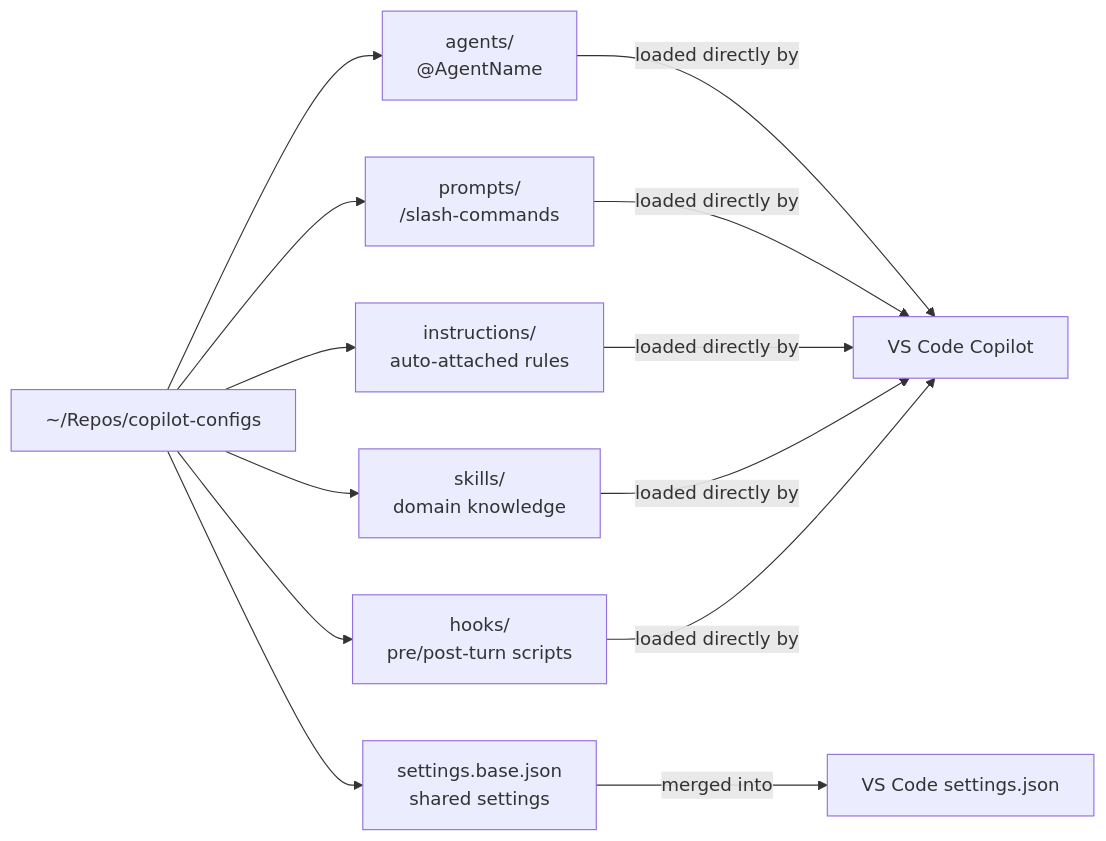
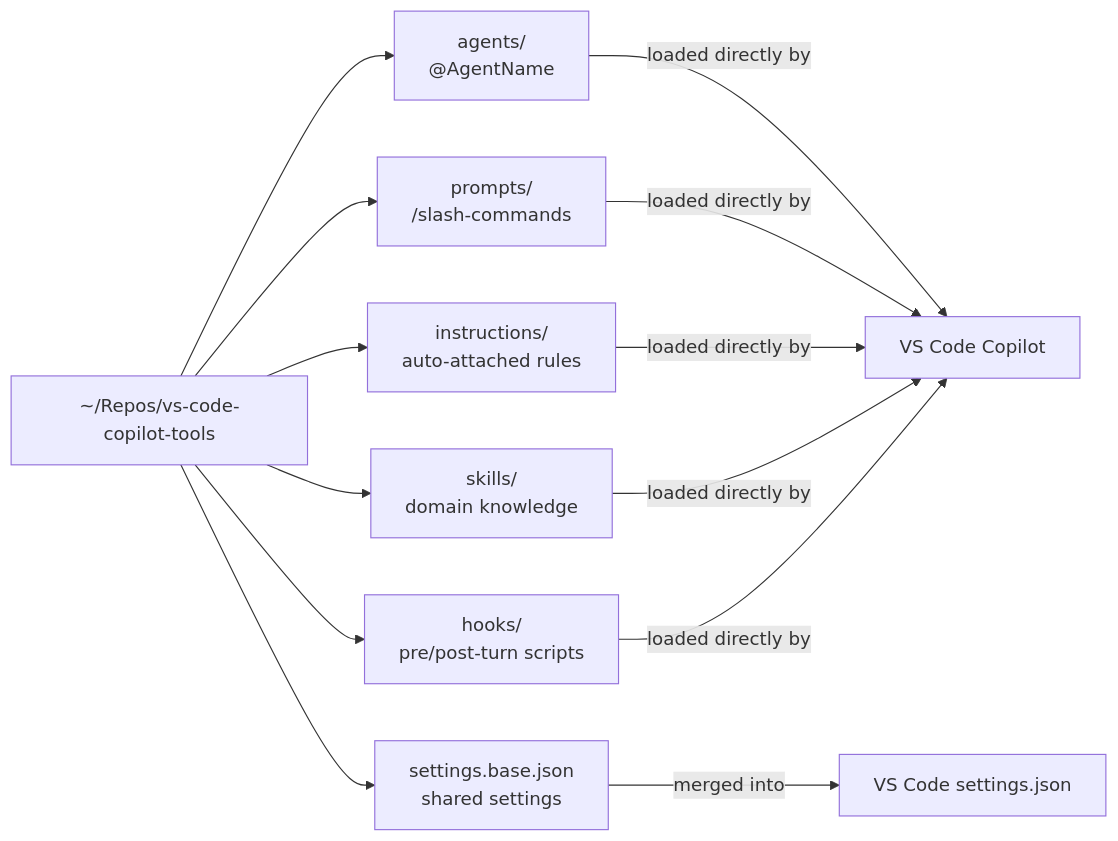
One commit to bhanford9/vs-code-copilot-tools changed the diagram in README.md. Above: the diagram before and after it, drawn with Mermaid. The commit also changed other lines of this file and 47 other files, not shown here.

Commit message:
rename: replace copilot-configs with vs-code-copilot-tools across all files

````diff
--- a/README.md
+++ b/README.md
@@ -24,13 +24,13 @@
 ```mermaid
 flowchart LR
-    Repo["~/Repos/copilot-configs"]
+    Repo["~/Repos/vs-code-copilot-tools"]
     Repo --> A["agents/\n@AgentName"]
     Repo --> P["prompts/\n/slash-commands"]
     Repo --> I["instructions/\nauto-attached rules"]
     Repo --> SK["skills/\ndomain knowledge"]
     Repo --> H["hooks/\npre/post-turn scripts"]
     Repo --> S["settings.base.json\nshared settings"]
 
     S -->|merged into| VS["VS Code settings.json"]
     A & P & I & SK & H -->|loaded directly by| VSCode["VS Code Copilot"]
 ```
````
